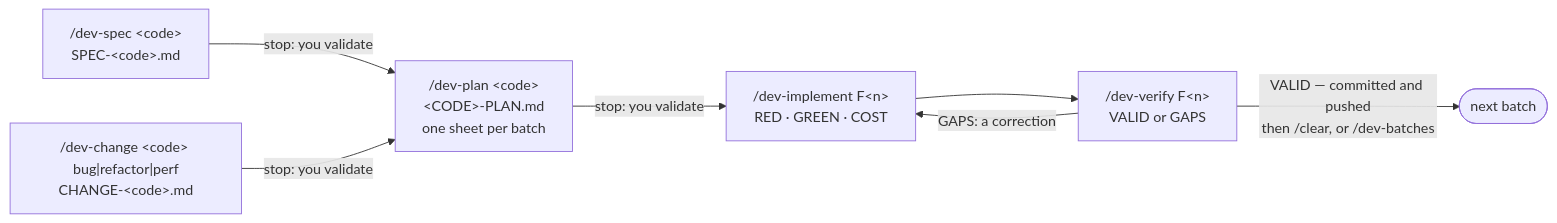
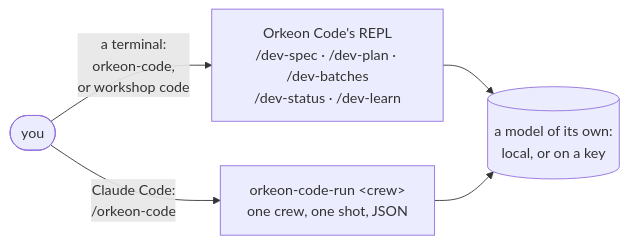
The diagram in docs/workflows/develop.md (Orkeon/orkeon-workshop), drawn with Mermaid before and after one commit. The commit also changed other lines of this file and 653 other files, not shown here.

````diff
--- a/docs/workflows/develop.md
+++ b/docs/workflows/develop.md
@@ -15,9 +16,7 @@
 ```mermaid
 flowchart LR
-    s["/dev-spec &lt;code&gt;<br/>SPEC-&lt;code&gt;.md"] -->|"stop: you validate"| p["/dev-plan &lt;code&gt;<br/>&lt;CODE&gt;-PLAN.md<br/>one sheet per batch"]
-    c["/dev-change &lt;code&gt; bug|refactor|perf<br/>CHANGE-&lt;code&gt;.md"] -->|"stop: you validate"| p
-    p -->|"stop: you validate"| b["/dev-implement F&lt;n&gt;<br/>RED · GREEN · COST"]
-    b --> v["/dev-verify F&lt;n&gt;<br/>VALID or GAPS"]
-    v -->|"GAPS: a correction"| b
-    v -->|"VALID — committed and pushed<br/>then /clear, or /dev-batches"| n(["next batch"])
+    you(["you"]) -->|"a terminal:<br/>orkeon-code,<br/>or workshop code"| repl["Orkeon Code's REPL<br/>/dev-spec · /dev-plan · /dev-batches<br/>/dev-status · /dev-learn"]
+    you -->|"Claude Code:<br/>/orkeon-code"| run["orkeon-code-run &lt;crew&gt;<br/>one crew, one shot, JSON"]
+    repl --> model[("a model of its own:<br/>local, or on a key")]
+    run --> model
 ```
````
